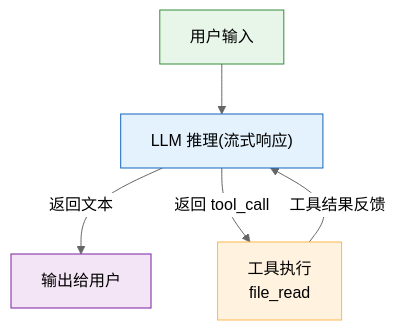
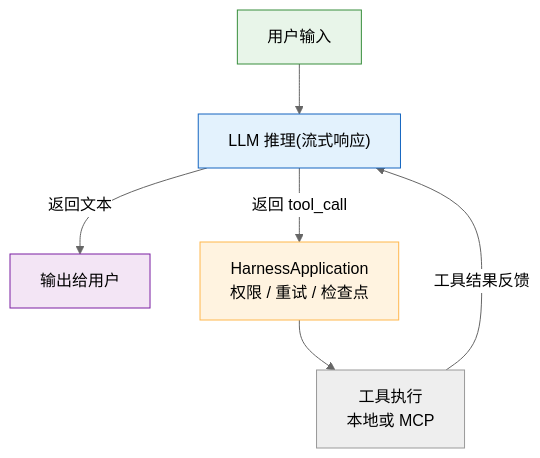
The first of 3 diagrams in appendix/miniharness_index.md (yeasy/harness_engineering_guide), drawn with Mermaid (neutral theme) before and after one commit. The commit also changed other lines of this file and 44 other files, not shown here.

Commit message:
fix: harden MiniHarness runtime and MCP lifecycle

````diff
--- a/appendix/miniharness_index.md
+++ b/appendix/miniharness_index.md
@@ -15,12 +15,13 @@
 ```mermaid
 flowchart TD
     A["用户输入"] --> B["LLM 推理(流式响应)"]
     B -->|"返回文本"| C["输出给用户"]
-    B -->|"返回 tool_call"| D["工具执行<br/>file_read"]
-    D -->|"工具结果反馈"| B
+    B -->|"返回 tool_call"| D["HarnessApplication<br/>权限 / 重试 / 检查点"]
+    D --> E["工具执行<br/>本地或 MCP"]
+    E -->|"工具结果反馈"| B
 
     style A fill:#e8f5e9,stroke:#388e3c
     style B fill:#e3f2fd,stroke:#1565c0
     style C fill:#f3e5f5,stroke:#7b1fa2
     style D fill:#fff3e0,stroke:#ffb74d
 ```
````
